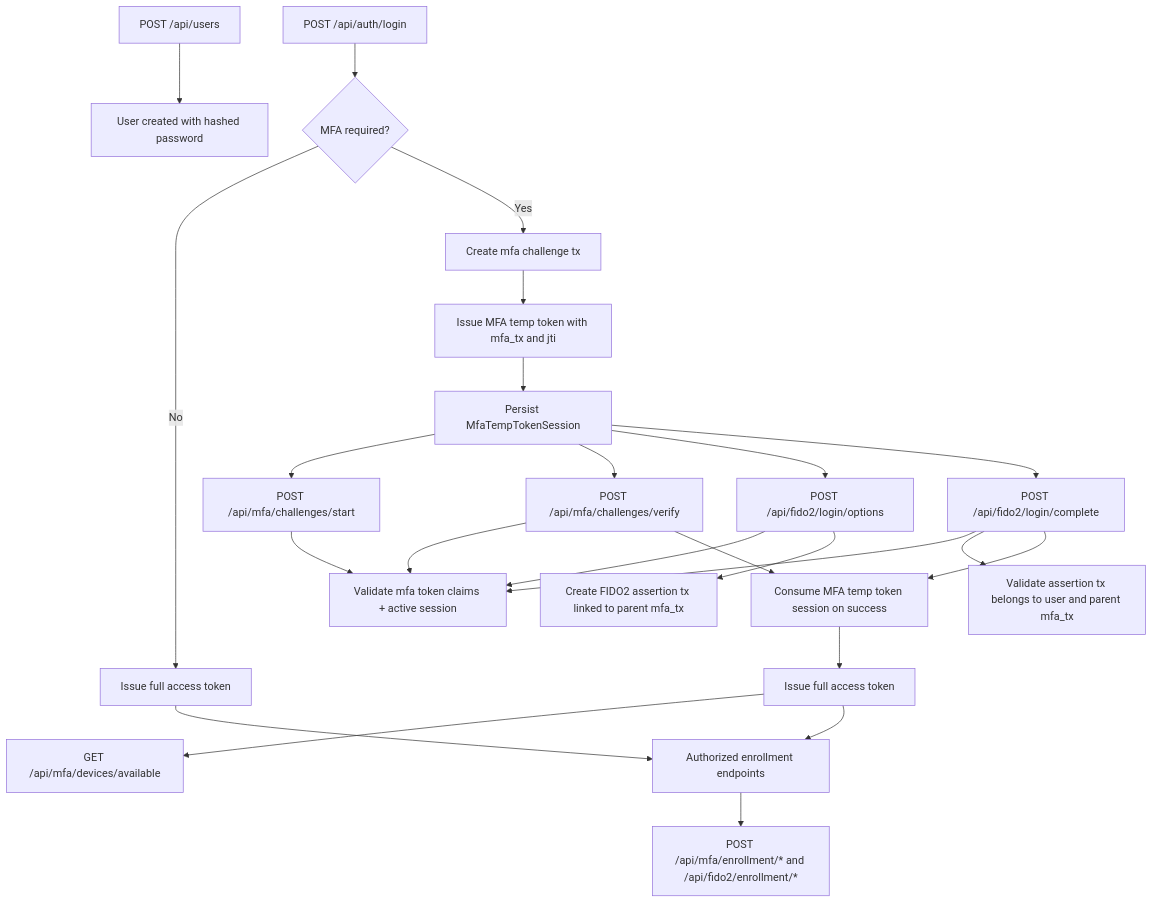
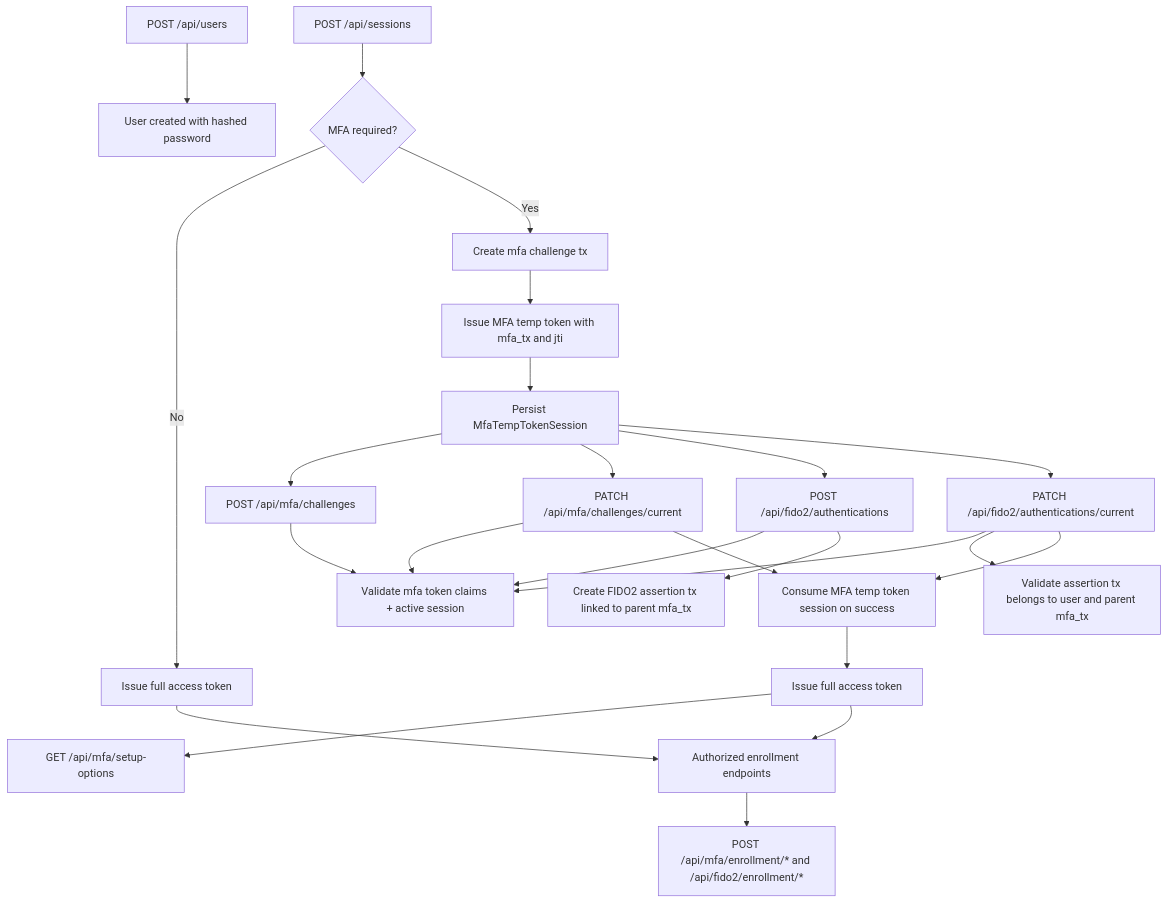
One commit to davidrosas0192-cmd/Authentication.MFA changed the diagram in Docs/MFA_FIDO2_EXECUTION_PLAN.md. Above: the diagram before and after it, drawn with Mermaid. The commit also changed 8 other files, not shown here.

````diff
--- a/Docs/MFA_FIDO2_EXECUTION_PLAN.md
+++ b/Docs/MFA_FIDO2_EXECUTION_PLAN.md
@@ -25,33 +25,33 @@
 ```mermaid
 flowchart TD
     A[POST /api/users] --> B[User created with hashed password]
 
-    C[POST /api/auth/login] --> D{MFA required?}
+    C[POST /api/sessions] --> D{MFA required?}
     D -- No --> E[Issue full access token]
     D -- Yes --> F[Create mfa challenge tx]
     F --> G[Issue MFA temp token with mfa_tx and jti]
     G --> H[Persist MfaTempTokenSession]
 
-    H --> I[POST /api/mfa/challenges/start]
-    H --> J[POST /api/mfa/challenges/verify]
-    H --> K[POST /api/fido2/login/options]
-    H --> L[POST /api/fido2/login/complete]
+    H --> I[POST /api/mfa/challenges]
+    H --> J[PATCH /api/mfa/challenges/current]
+    H --> K[POST /api/fido2/authentications]
+    H --> L[PATCH /api/fido2/authentications/current]
 
     I --> M[Validate mfa token claims + active session]
     J --> M
     K --> M
     L --> M
 
     K --> N[Create FIDO2 assertion tx linked to parent mfa_tx]
     L --> O[Validate assertion tx belongs to user and parent mfa_tx]
 
     J --> P[Consume MFA temp token session on success]
     L --> P
 
     P --> Q[Issue full access token]
-    Q --> T[GET /api/mfa/devices/available]
+    Q --> T[GET /api/mfa/setup-options]
 
     E --> R[Authorized enrollment endpoints]
     Q --> R
     R --> S[POST /api/mfa/enrollment/* and /api/fido2/enrollment/*]
 ```
````
